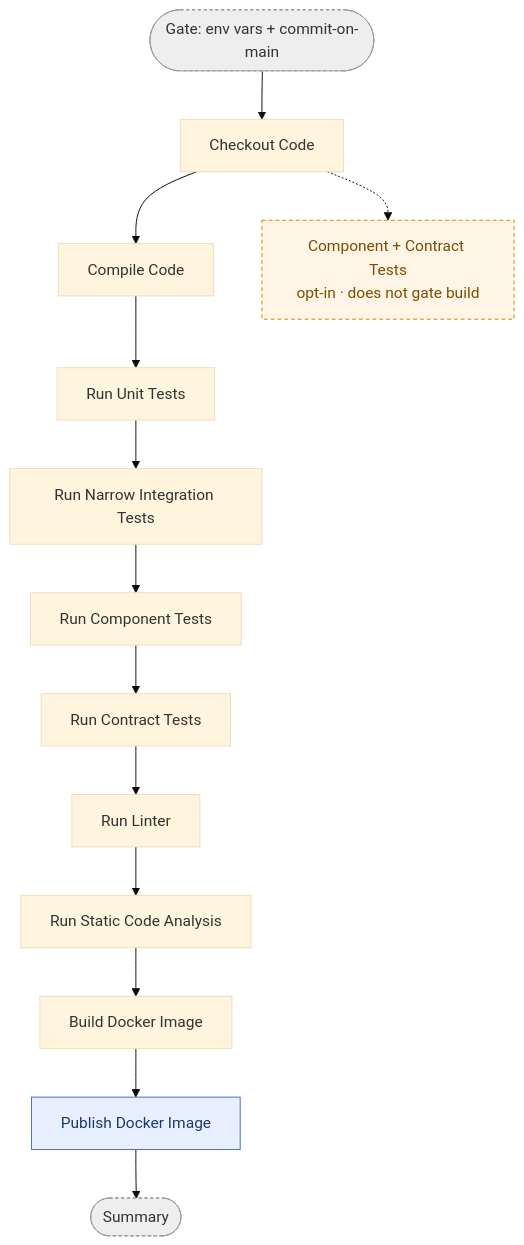
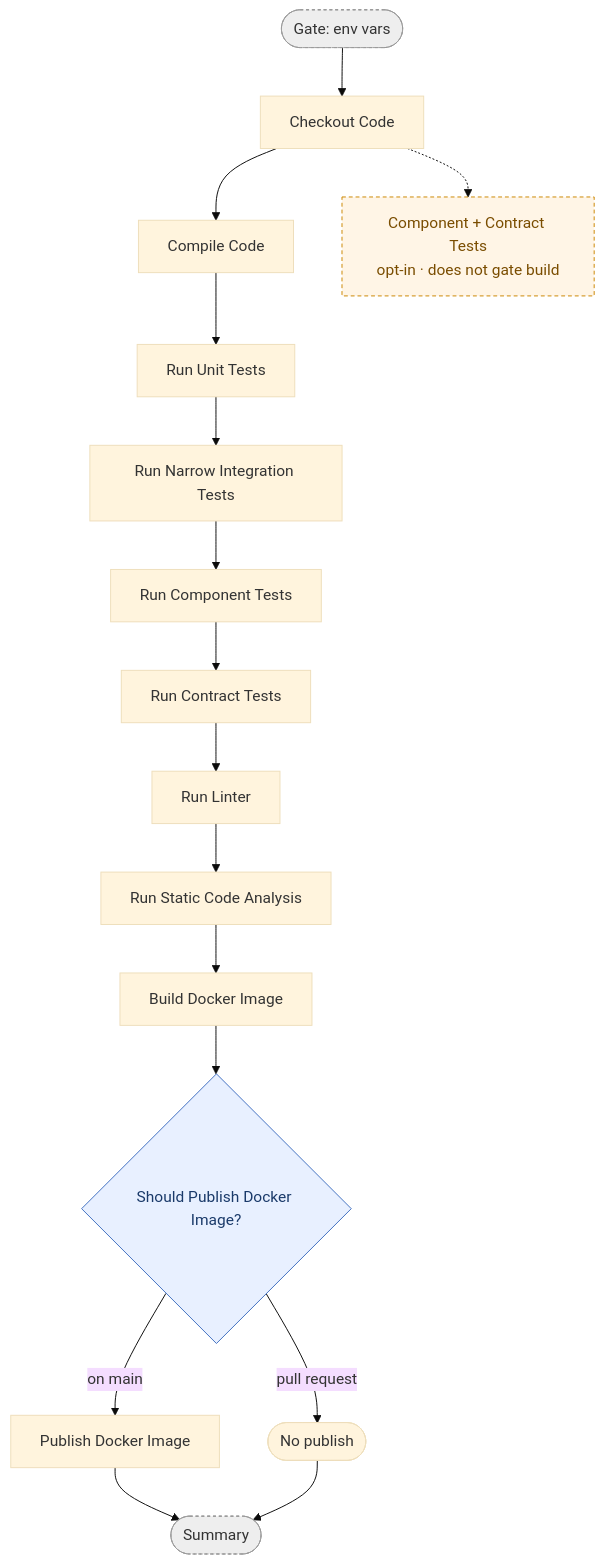
The diagram in docs/pipeline/commit-stage.md (vivek729/shop-atdd), drawn with Mermaid (base theme) before and after one commit. The commit also changed other lines of this file and 2 other files, not shown here.

Commit message:
Reconcile monolith-java commit-stage with diagram: run-job stage headers (# ===) + gate marker (# <>), skip false-green stub tests (if: false), drop redundant Sonar build, scope alignment to run job, add Should-Publish decision diamond

````diff
--- a/docs/pipeline/commit-stage.md
+++ b/docs/pipeline/commit-stage.md
@@ -13,23 +13,26 @@
 ```mermaid
 flowchart TD
-    gate([Gate: env vars + commit-on-main]):::gate
+    gate([Gate: env vars]):::gate
 
     gate --> checkout[Checkout Code]
     checkout --> compile[Compile Code]
     compile --> unit[Run Unit Tests]
     unit --> narrow[Run Narrow Integration Tests]
     narrow --> component[Run Component Tests]
     component --> contract[Run Contract Tests]
     contract --> linter[Run Linter]
     linter --> analysis[Run Static Code Analysis]
     analysis --> build[Build Docker Image]
-    build --> publish[Publish Docker Image]:::conditional
+    build --> shouldpublish{Should Publish Docker Image?}:::conditional
+    shouldpublish -->|on main| publish[Publish Docker Image]
+    shouldpublish -->|pull request| done([No publish])
 
     publish --> summary([Summary]):::gate
+    done --> summary
 
     checkout -.-> optin["Component + Contract Tests<br/>opt-in · does not gate build"]:::optional
 
     classDef gate fill:#eee,stroke:#999,stroke-dasharray:3 3,color:#333;
     classDef conditional fill:#e8f0ff,stroke:#4070c0,color:#1a3a6a;
     classDef optional fill:#fff5e6,stroke:#cc8800,stroke-dasharray:4 3,color:#7a4d00;
 ```
````
